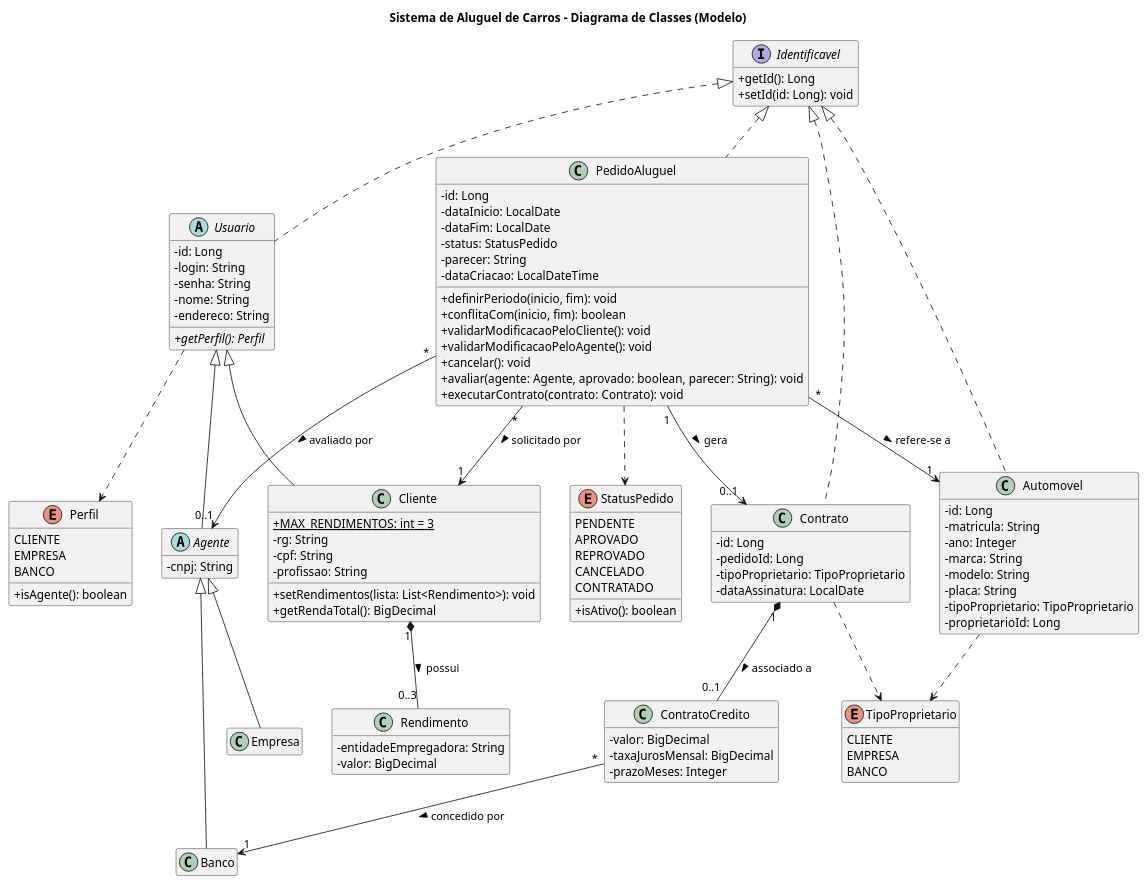
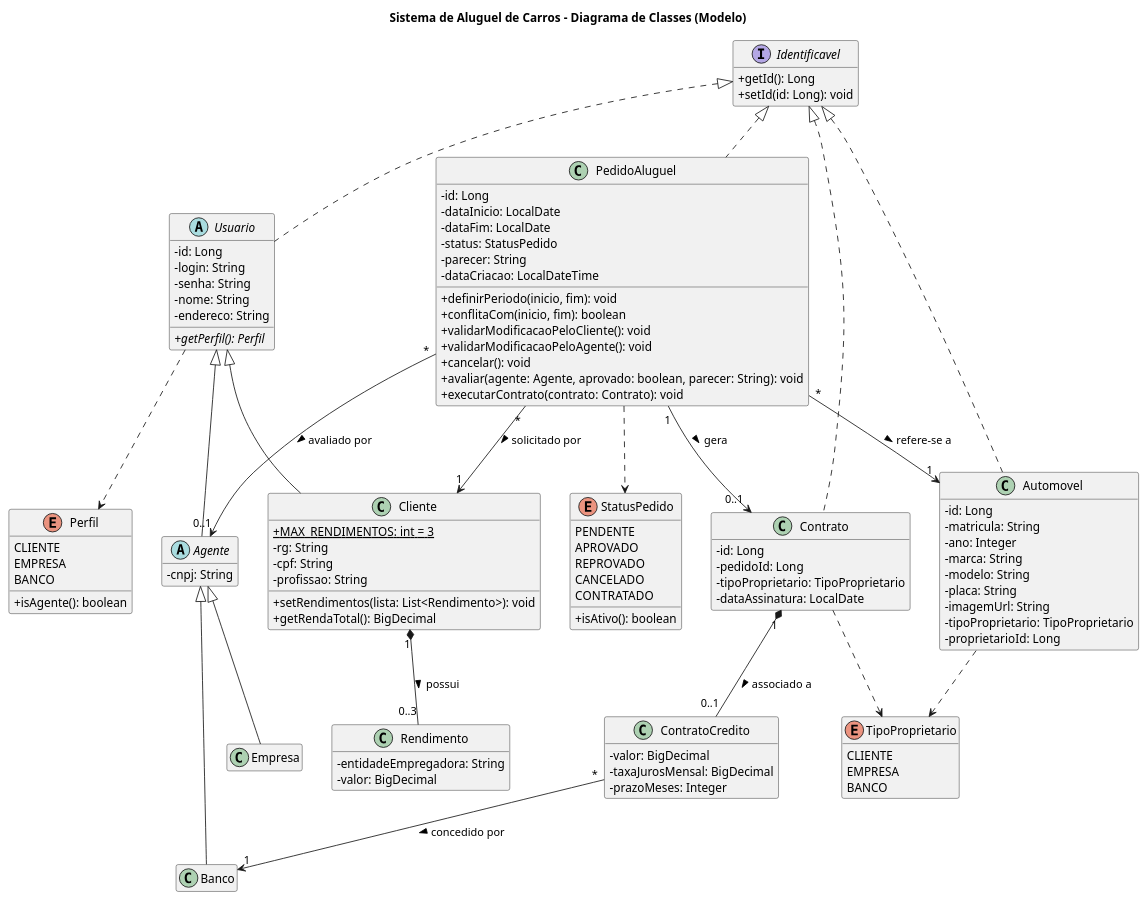
One commit to ArthurMoraesBraga/DevLabs changed the diagram in React+Spring-boot/aluguel-carros/docs/diagramas/classes.puml. Above: the diagram before and after it, drawn with PlantUML. The commit also changed 1 other file, not shown here.

Commit message:
docs(uml): alinhar diagramas ao codigo (imagemUrl no Automovel e persistencia Supabase/JPA)

```diff
--- a/React+Spring-boot/aluguel-carros/docs/diagramas/classes.puml
+++ b/React+Spring-boot/aluguel-carros/docs/diagramas/classes.puml
@@ -1,125 +1,126 @@
 @startuml classes
 title Sistema de Aluguel de Carros - Diagrama de Classes (Modelo)
 skinparam classAttributeIconSize 0
 hide empty members
 
 interface Identificavel {
   +getId(): Long
   +setId(id: Long): void
 }
 
 abstract class Usuario {
   -id: Long
   -login: String
   -senha: String
   -nome: String
   -endereco: String
   +{abstract} getPerfil(): Perfil
 }
 
 class Cliente {
   +{static} MAX_RENDIMENTOS: int = 3
   -rg: String
   -cpf: String
   -profissao: String
   +setRendimentos(lista: List<Rendimento>): void
   +getRendaTotal(): BigDecimal
 }
 
 class Rendimento {
   -entidadeEmpregadora: String
   -valor: BigDecimal
 }
 
 abstract class Agente {
   -cnpj: String
 }
 
 class Empresa
 class Banco
 
 class Automovel {
   -id: Long
   -matricula: String
   -ano: Integer
   -marca: String
   -modelo: String
   -placa: String
+  -imagemUrl: String
   -tipoProprietario: TipoProprietario
   -proprietarioId: Long
 }
 
 class PedidoAluguel {
   -id: Long
   -dataInicio: LocalDate
   -dataFim: LocalDate
   -status: StatusPedido
   -parecer: String
   -dataCriacao: LocalDateTime
   +definirPeriodo(inicio, fim): void
   +conflitaCom(inicio, fim): boolean
   +validarModificacaoPeloCliente(): void
   +validarModificacaoPeloAgente(): void
   +cancelar(): void
   +avaliar(agente: Agente, aprovado: boolean, parecer: String): void
   +executarContrato(contrato: Contrato): void
 }
 
 class Contrato {
   -id: Long
   -pedidoId: Long
   -tipoProprietario: TipoProprietario
   -dataAssinatura: LocalDate
 }
 
 class ContratoCredito {
   -valor: BigDecimal
   -taxaJurosMensal: BigDecimal
   -prazoMeses: Integer
 }
 
 enum Perfil {
   CLIENTE
   EMPRESA
   BANCO
   +isAgente(): boolean
 }
 
 enum StatusPedido {
   PENDENTE
   APROVADO
   REPROVADO
   CANCELADO
   CONTRATADO
   +isAtivo(): boolean
 }
 
 enum TipoProprietario {
   CLIENTE
   EMPRESA
   BANCO
 }
 
 Identificavel <|.. Usuario
 Identificavel <|.. Automovel
 Identificavel <|.. PedidoAluguel
 Identificavel <|.. Contrato
 
 Usuario <|-- Cliente
 Usuario <|-- Agente
 Agente <|-- Empresa
 Agente <|-- Banco
 
 Cliente "1" *-- "0..3" Rendimento : possui >
 PedidoAluguel "*" --> "1" Cliente : solicitado por >
 PedidoAluguel "*" --> "1" Automovel : refere-se a >
 PedidoAluguel "*" --> "0..1" Agente : avaliado por >
 PedidoAluguel "1" --> "0..1" Contrato : gera >
 Contrato "1" *-- "0..1" ContratoCredito : associado a >
 ContratoCredito "*" --> "1" Banco : concedido por >
 
 Usuario ..> Perfil
 PedidoAluguel ..> StatusPedido
 Automovel ..> TipoProprietario
 Contrato ..> TipoProprietario
 @enduml
```
